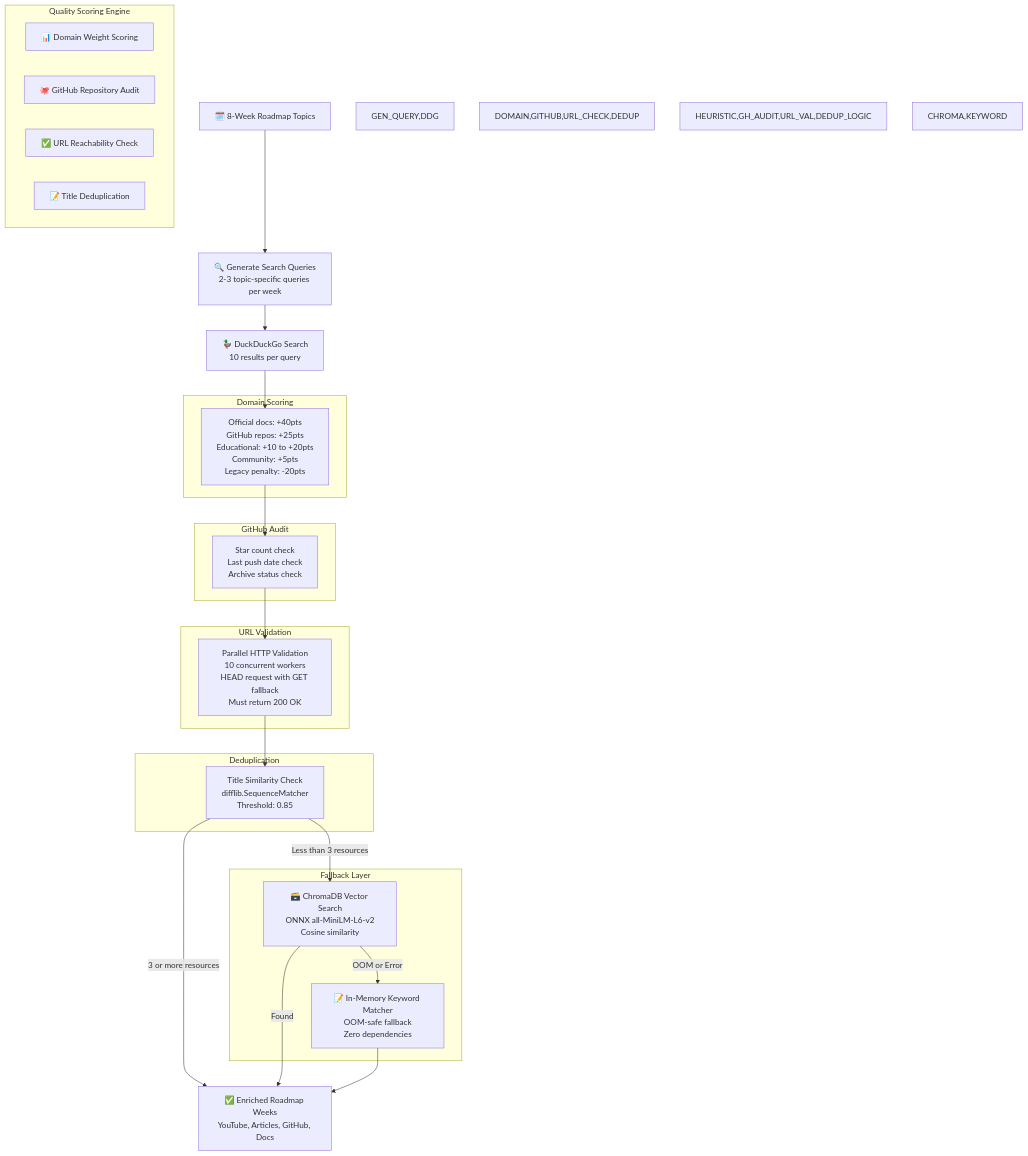
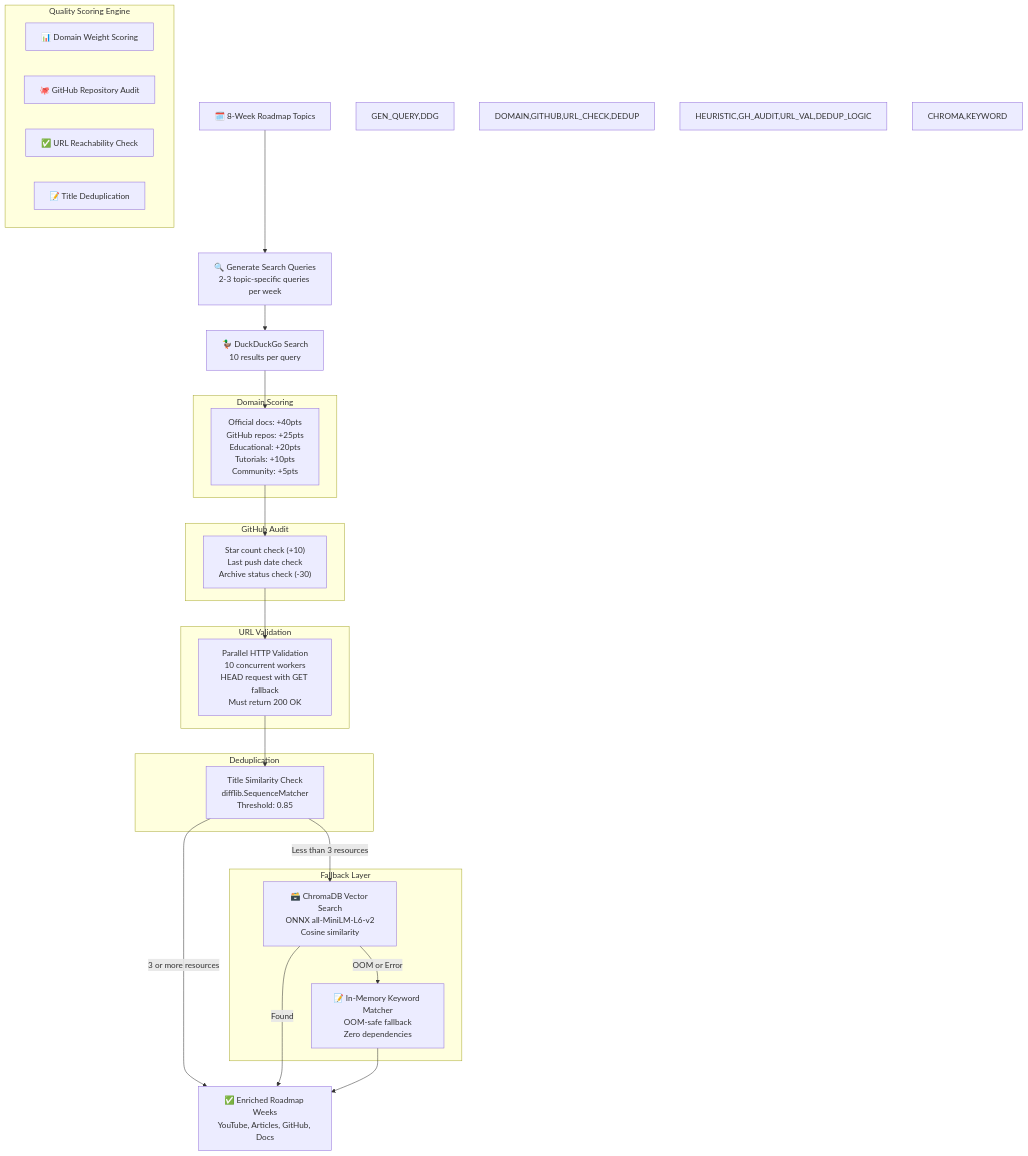
Before and after one commit to Anil-Pradhan-web/ai-career-mentor: diagram 25 of 33 in documentation/ARCHITECTURE.md, drawn with Mermaid. The commit also changed other lines of this file and 3 other files, not shown here.

First line of the commit message:
docs: update all documentation — ARCHITECTURE, SYSTEM, API, DOCKER_GUIDE verified against codebase

````diff
--- a/documentation/ARCHITECTURE.md
+++ b/documentation/ARCHITECTURE.md
@@ -1642,60 +1718,60 @@
 ```mermaid
 flowchart TD
     classDef input fill:#818cf8,color:#fff,stroke:#6366f1
     classDef search fill:#06b6d4,color:#fff,stroke:#0891b2
     classDef quality fill:#f59e0b,color:#fff,stroke:#d97706
     classDef fallback fill:#7c3aed,color:#fff,stroke:#a78bfa
     classDef output fill:#34d399,color:#fff,stroke:#10b981
 
     WEEKS["🗓️ 8-Week Roadmap Topics"]
     
     WEEKS --> GEN_QUERY["🔍 Generate Search Queries<br/>2-3 topic-specific queries per week"]
     
     GEN_QUERY --> DDG["🦆 DuckDuckGo Search<br/>10 results per query"]
     
     subgraph "Quality Scoring Engine"
         DOMAIN["📊 Domain Weight Scoring"]
         GITHUB["🐙 GitHub Repository Audit"]
         URL_CHECK["✅ URL Reachability Check"]
         DEDUP["📝 Title Deduplication"]
     end
     
     subgraph "Domain Scoring"
-        HEURISTIC["Official docs: +40pts<br/>GitHub repos: +25pts<br/>Educational: +10 to +20pts<br/>Community: +5pts<br/>Legacy penalty: -20pts"]
+        HEURISTIC["Official docs: +40pts<br/>GitHub repos: +25pts<br/>Educational: +20pts<br/>Tutorials: +10pts<br/>Community: +5pts"]
     end
     
     subgraph "GitHub Audit"
-        GH_AUDIT["Star count check<br/>Last push date check<br/>Archive status check"]
+        GH_AUDIT["Star count check (+10)<br/>Last push date check<br/>Archive status check (-30)"]
     end
     
     subgraph "URL Validation"
         URL_VAL["Parallel HTTP Validation<br/>10 concurrent workers<br/>HEAD request with GET fallback<br/>Must return 200 OK"]
     end
     
     subgraph "Deduplication"
         DEDUP_LOGIC["Title Similarity Check<br/>difflib.SequenceMatcher<br/>Threshold: 0.85"]
     end
 
     subgraph "Fallback Layer"
         CHROMA["🗃️ ChromaDB Vector Search<br/>ONNX all-MiniLM-L6-v2<br/>Cosine similarity"]
         KEYWORD["📝 In-Memory Keyword Matcher<br/>OOM-safe fallback<br/>Zero dependencies"]
     end
 
     DDG --> HEURISTIC
     HEURISTIC --> GH_AUDIT
     GH_AUDIT --> URL_VAL
     URL_VAL --> DEDUP_LOGIC
     
     DEDUP_LOGIC -->|"3 or more resources"| ENRICHED["✅ Enriched Roadmap Weeks<br/>YouTube, Articles, GitHub, Docs"]
     
     DEDUP_LOGIC -->|"Less than 3 resources"| CHROMA
     CHROMA -->|"Found"| ENRICHED
     CHROMA -->|"OOM or Error"| KEYWORD --> ENRICHED
     
     style WEEKS input
     style GEN_QUERY,DDG search
     style DOMAIN,GITHUB,URL_CHECK,DEDUP quality
     style HEURISTIC,GH_AUDIT,URL_VAL,DEDUP_LOGIC quality
     style CHROMA,KEYWORD fallback
     style ENRICHED output
 ```
````
